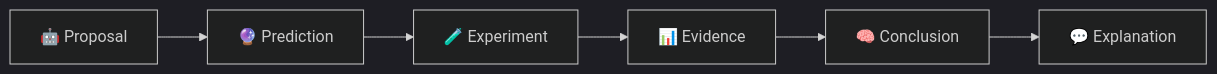
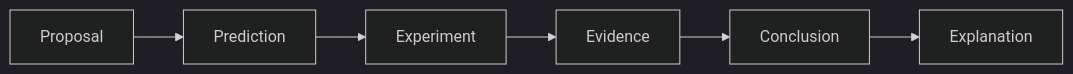
Before and after one commit to Modern-Ash/agorix: the tenth of 16 diagrams in README.md, drawn with Mermaid (dark theme). The commit also changed other lines of this file, not shown here.

Commit message:
docs: make Mermaid diagrams GitHub-safe

````diff
--- a/README.md
+++ b/README.md
@@ -450,8 +425,8 @@
 ```mermaid
 flowchart LR
-    A["🤖 Proposal"] --> B["🔮 Prediction"]
-    B --> C["🧪 Experiment"]
-    C --> D["📊 Evidence"]
-    D --> E["🧠 Conclusion"]
-    E --> F["💬 Explanation"]
+    A[Proposal] --> B[Prediction]
+    B --> C[Experiment]
+    C --> D[Evidence]
+    D --> E[Conclusion]
+    E --> F[Explanation]
 ```
````
